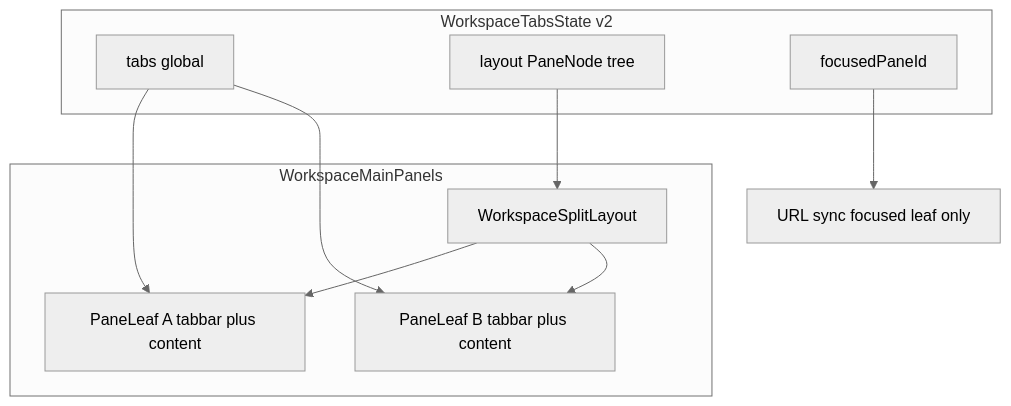
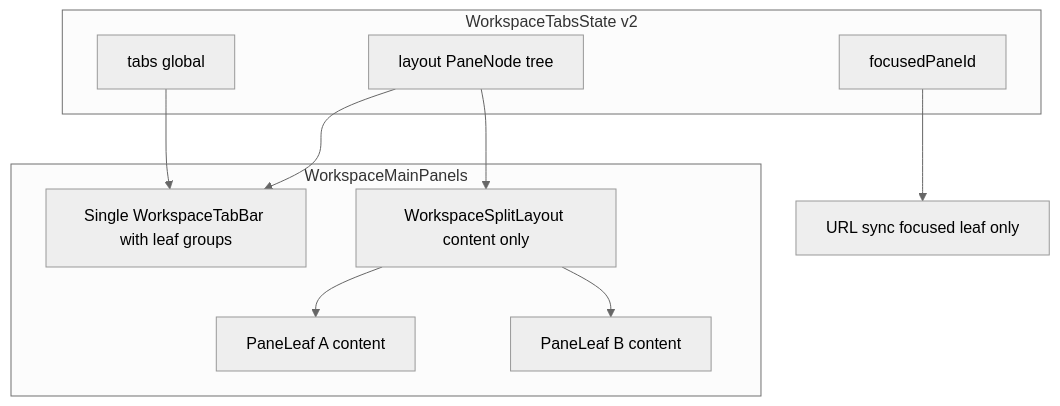
One commit to explainpark101/DocuHaim changed the diagram in .cursor/plans/tab_split_view_eed54ca9.plan.md. Above: the diagram before and after it, drawn with Mermaid (neutral theme). The commit also changed other lines of this file, not shown here.

First line of the commit message:
feat: enhance tab management and layout in Workspace

````diff
--- a/.cursor/plans/tab_split_view_eed54ca9.plan.md
+++ b/.cursor/plans/tab_split_view_eed54ca9.plan.md
@@ -45,19 +49,20 @@
 ```mermaid
 flowchart TB
   subgraph state [WorkspaceTabsState v2]
     tabs[tabs global]
     layout[layout PaneNode tree]
     focused[focusedPaneId]
   end
   subgraph ui [WorkspaceMainPanels]
-    split[WorkspaceSplitLayout]
-    leafA[PaneLeaf A tabbar plus content]
-    leafB[PaneLeaf B tabbar plus content]
+    tabList[Single WorkspaceTabBar with leaf groups]
+    split[WorkspaceSplitLayout content only]
+    leafA[PaneLeaf A content]
+    leafB[PaneLeaf B content]
   end
-  tabs --> leafA
-  tabs --> leafB
+  tabs --> tabList
+  layout --> tabList
   layout --> split
   split --> leafA
   split --> leafB
   focused --> urlSync[URL sync focused leaf only]
 ```
````
